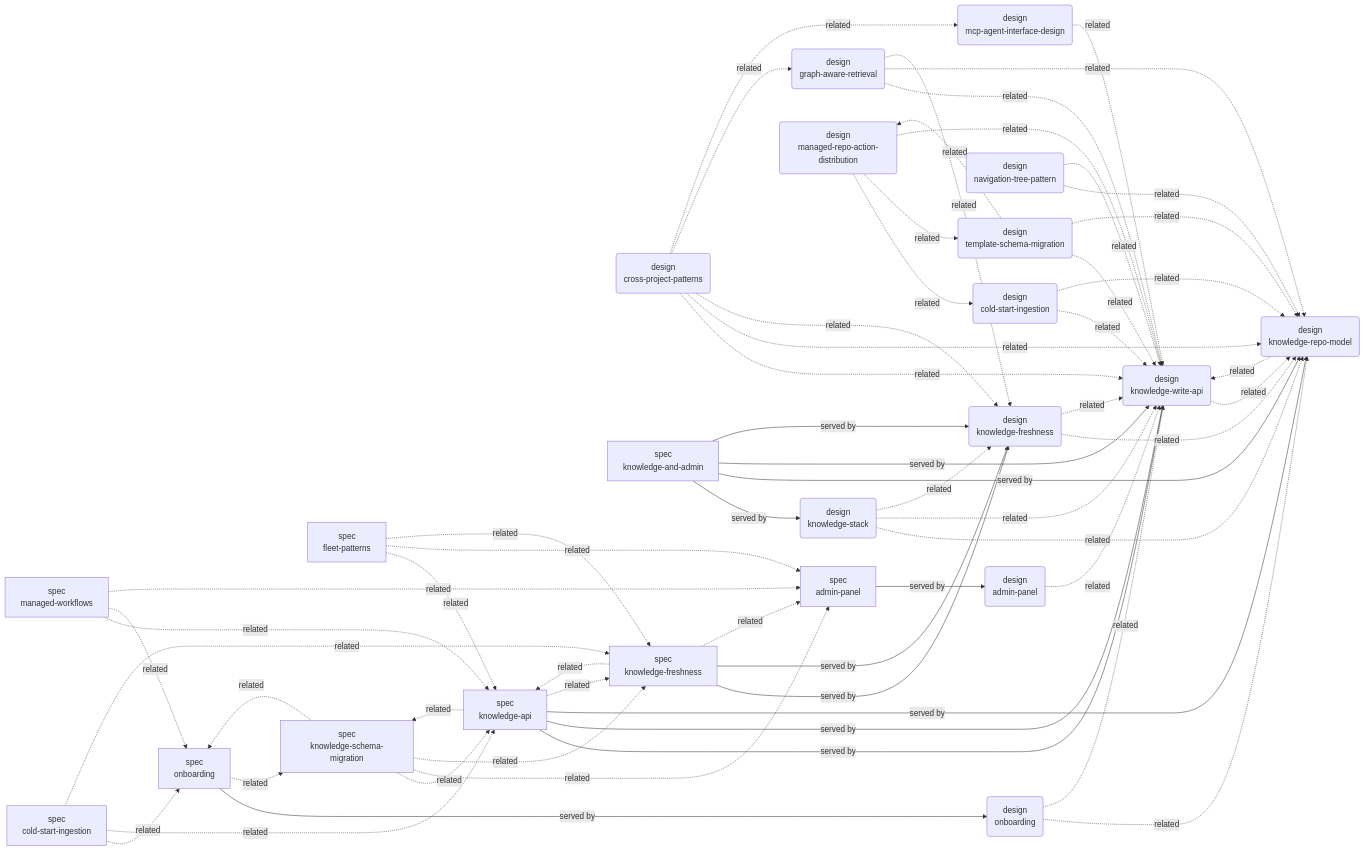
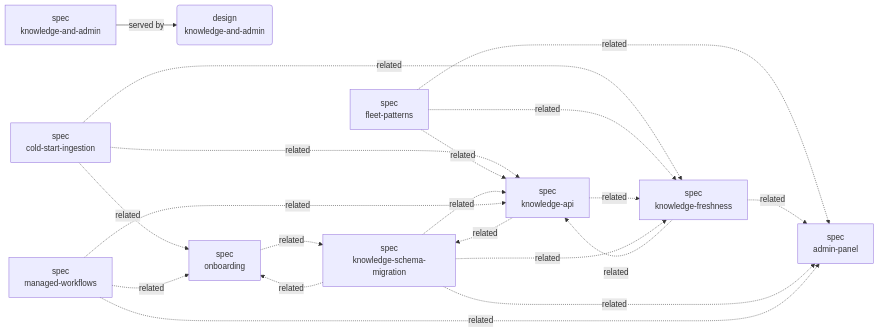
Before and after one commit to coder-devx/coder-system: the fourth of 6 diagrams in system/GRAPH.md, drawn with Mermaid. The commit also changed other lines of this file and 132 other files, not shown here.

First line of the commit message:
designs(0095): knowledge tree restructure + lean active corpus + observability WIP

````diff
--- a/system/GRAPH.md
+++ b/system/GRAPH.md
@@ -199,83 +80,32 @@
 ```mermaid
 flowchart LR
-  n000("design<br/>admin-panel")
-  n001("design<br/>cold-start-ingestion")
-  n002("design<br/>cross-project-patterns")
-  n003("design<br/>graph-aware-retrieval")
-  n004("design<br/>knowledge-freshness")
-  n005("design<br/>knowledge-repo-model")
-  n006("design<br/>knowledge-stack")
-  n007("design<br/>knowledge-write-api")
-  n008("design<br/>managed-repo-action-distribution")
-  n009("design<br/>mcp-agent-interface-design")
-  n010("design<br/>navigation-tree-pattern")
-  n011("design<br/>onboarding")
-  n012("design<br/>template-schema-migration")
-  n013["spec<br/>admin-panel"]
-  n014["spec<br/>cold-start-ingestion"]
-  n015["spec<br/>fleet-patterns"]
-  n016["spec<br/>knowledge-and-admin"]
-  n017["spec<br/>knowledge-api"]
-  n018["spec<br/>knowledge-freshness"]
-  n019["spec<br/>knowledge-schema-migration"]
-  n020["spec<br/>managed-workflows"]
-  n021["spec<br/>onboarding"]
-  n013 -->|served by| n000
-  n000 -.->|related| n007
-  n001 -.->|related| n007
-  n001 -.->|related| n005
-  n002 -.->|related| n007
+  n000("design<br/>knowledge-and-admin")
+  n001["spec<br/>admin-panel"]
+  n002["spec<br/>cold-start-ingestion"]
+  n003["spec<br/>fleet-patterns"]
+  n004["spec<br/>knowledge-and-admin"]
+  n005["spec<br/>knowledge-api"]
+  n006["spec<br/>knowledge-freshness"]
+  n007["spec<br/>knowledge-schema-migration"]
+  n008["spec<br/>managed-workflows"]
+  n009["spec<br/>onboarding"]
+  n004 -->|served by| n000
+  n002 -.->|related| n009
   n002 -.->|related| n005
-  n002 -.->|related| n004
-  n002 -.->|related| n003
-  n002 -.->|related| n009
-  n003 -.->|related| n007
+  n002 -.->|related| n006
   n003 -.->|related| n005
-  n003 -.->|related| n004
-  n018 -->|served by| n004
-  n004 -.->|related| n005
-  n004 -.->|related| n007
+  n003 -.->|related| n001
+  n003 -.->|related| n006
+  n005 -.->|related| n006
   n005 -.->|related| n007
-  n016 -->|served by| n006
   n006 -.->|related| n005
-  n006 -.->|related| n007
-  n006 -.->|related| n004
-  n017 -->|served by| n007
+  n006 -.->|related| n001
   n007 -.->|related| n005
+  n007 -.->|related| n009
+  n007 -.->|related| n001
+  n007 -.->|related| n006
+  n008 -.->|related| n005
+  n008 -.->|related| n009
   n008 -.->|related| n001
-  n008 -.->|related| n012
-  n008 -.->|related| n007
   n009 -.->|related| n007
-  n010 -.->|related| n005
-  n010 -.->|related| n007
-  n021 -->|served by| n011
-  n011 -.->|related| n005
-  n011 -.->|related| n007
-  n012 -.->|related| n007
-  n012 -.->|related| n005
-  n012 -.->|related| n008
-  n014 -.->|related| n021
-  n014 -.->|related| n017
-  n014 -.->|related| n018
-  n015 -.->|related| n017
-  n015 -.->|related| n013
-  n015 -.->|related| n018
-  n016 -->|served by| n005
-  n016 -->|served by| n007
-  n016 -->|served by| n004
-  n017 -->|served by| n007
-  n017 -->|served by| n005
-  n017 -.->|related| n018
-  n017 -.->|related| n019
-  n018 -->|served by| n004
-  n018 -.->|related| n017
-  n018 -.->|related| n013
-  n019 -.->|related| n017
-  n019 -.->|related| n021
-  n019 -.->|related| n013
-  n019 -.->|related| n018
-  n020 -.->|related| n017
-  n020 -.->|related| n021
-  n020 -.->|related| n013
-  n021 -.->|related| n019
 ```
````
